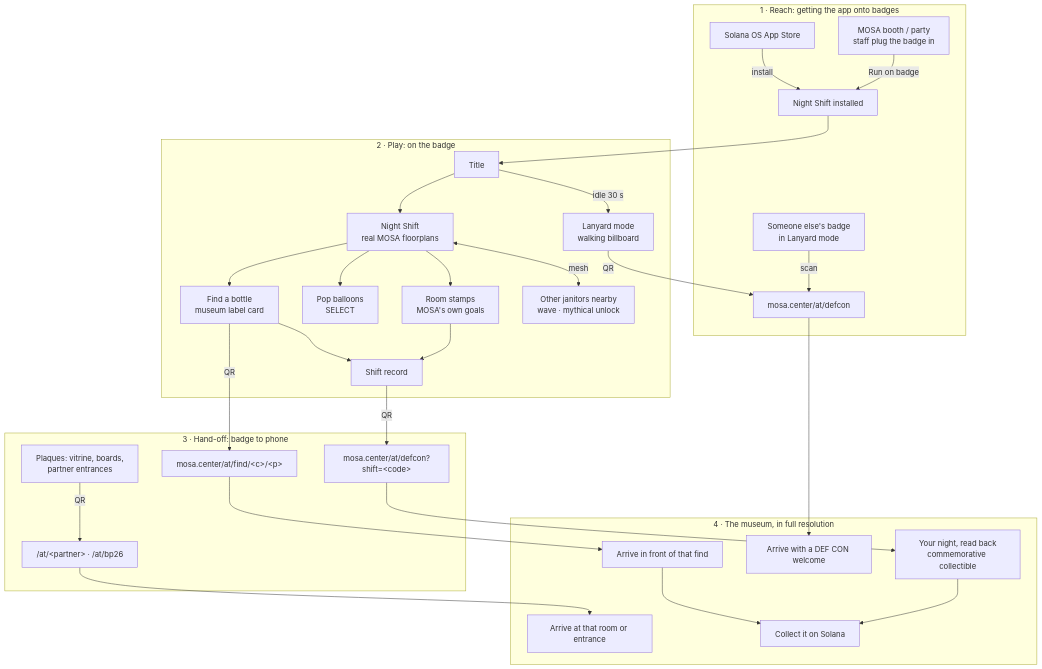
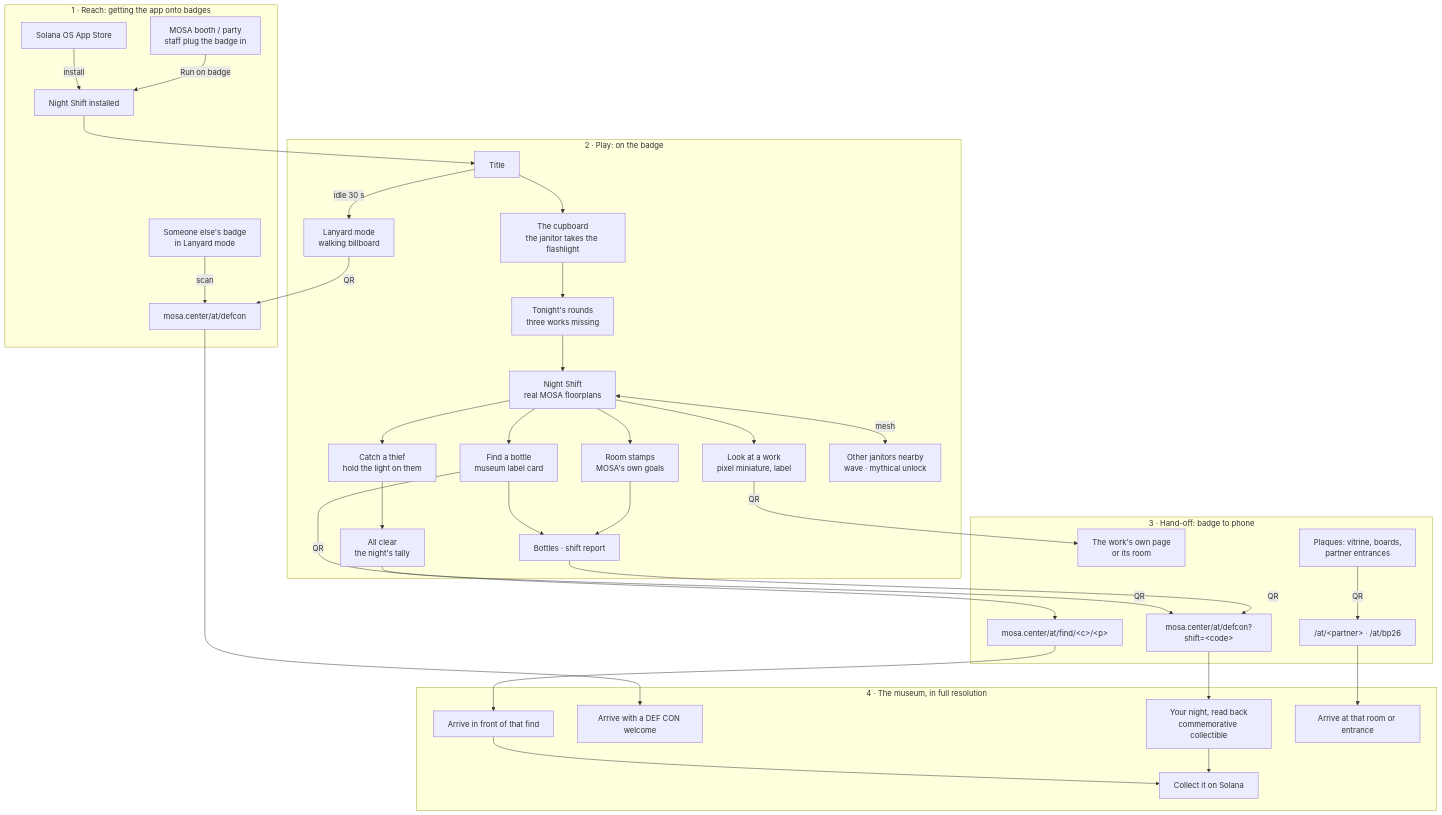
Before and after one commit to bparticle/mosa-defcon: the diagram in docs/FLOW.md, drawn with Mermaid. The commit also changed other lines of this file and 65 other files, not shown here.

First line of the commit message:
Night Shift: the janitor's rounds, the real art, a flashlight

````diff
--- a/docs/FLOW.md
+++ b/docs/FLOW.md
@@ -7,36 +7,42 @@
 ```mermaid
 flowchart TD
   subgraph Reach["1 · Reach: getting the app onto badges"]
     S1[Solana OS App Store] -->|install| APP[Night Shift installed]
     BOOTH[MOSA booth / party<br/>staff plug the badge in] -->|Run on badge| APP
     LANYARD[Someone else's badge<br/>in Lanyard mode] -->|scan| SITE
   end
 
   subgraph Play["2 · Play: on the badge"]
     APP --> TITLE[Title]
     TITLE -->|idle 30 s| LANY[Lanyard mode<br/>walking billboard]
-    TITLE --> WALK[Night Shift<br/>real MOSA floorplans]
+    TITLE --> INTRO[The cupboard<br/>the janitor takes the flashlight]
+    INTRO --> BRIEF[Tonight's rounds<br/>three works missing]
+    BRIEF --> WALK[Night Shift<br/>real MOSA floorplans]
+    WALK --> ART[Look at a work<br/>pixel miniature, label]
+    WALK --> THIEF[Catch a thief<br/>hold the light on them]
     WALK --> FIND[Find a bottle<br/>museum label card]
-    WALK --> POP[Pop balloons<br/>SELECT]
     WALK --> STAMP[Room stamps<br/>MOSA's own goals]
     WALK <-->|mesh| PEERS[Other janitors nearby<br/>wave · mythical unlock]
-    FIND --> REC[Shift record]
+    THIEF --> CLEAR[All clear<br/>the night's tally]
+    FIND --> REC[Bottles · shift report]
     STAMP --> REC
   end
 
   subgraph Handoff["3 · Hand-off: badge to phone"]
     FIND -->|QR| PIECE["mosa.center/at/find/&lt;c&gt;/&lt;p&gt;"]
+    ART -->|QR| WORK[The work's own page<br/>or its room]
+    CLEAR -->|QR| REPORT
     REC -->|QR| REPORT["mosa.center/at/defcon?shift=&lt;code&gt;"]
     LANY -->|QR| SITE["mosa.center/at/defcon"]
     PLAQUE[Plaques: vitrine, boards,<br/>partner entrances] -->|QR| ROOMLINK["/at/&lt;partner&gt; · /at/bp26"]
   end
 
   subgraph Museum["4 · The museum, in full resolution"]
     PIECE --> LAND[Arrive in front of that find]
     SITE --> LAND2[Arrive with a DEF CON welcome]
     REPORT --> LAND3[Your night, read back<br/>commemorative collectible]
     ROOMLINK --> LAND4[Arrive at that room or entrance]
     LAND --> MINT[Collect it on Solana]
     LAND3 --> MINT
   end
 ```
````
